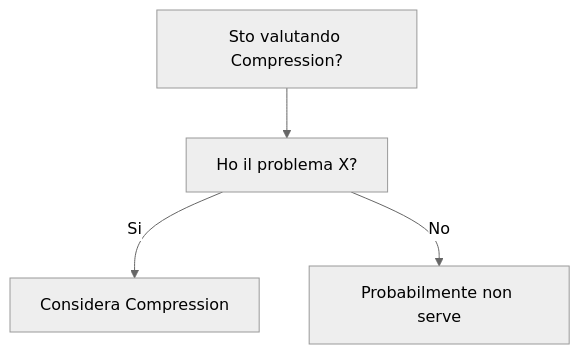
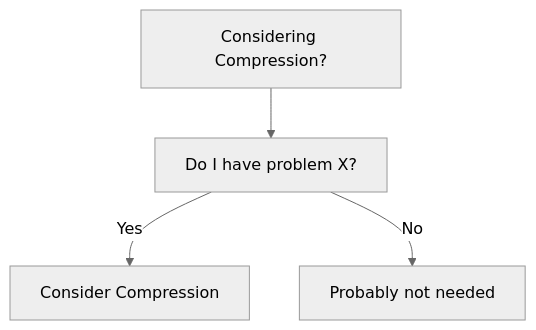
One commit to HxT9/Software-Dev-Wiki changed the diagram in dev-wiki/11_Performance/Compression/When_To_Use.md. Above: the diagram before and after it, drawn with Mermaid (neutral theme). The commit also changed other lines of this file and 3444 other files, not shown here.

````diff
--- a/dev-wiki/11_Performance/Compression/When_To_Use.md
+++ b/dev-wiki/11_Performance/Compression/When_To_Use.md
@@ -19,6 +19,6 @@
 ```mermaid
 flowchart TD
-  Q[Sto valutando Compression?] --> Q1[Ho il problema X?]
-  Q1 -->|Si| OK[Considera Compression]
-  Q1 -->|No| NO[Probabilmente non serve]
+  Q[Considering Compression?] --> Q1[Do I have problem X?]
+  Q1 -->|Yes| OK[Consider Compression]
+  Q1 -->|No| NO[Probably not needed]
 ```
````
